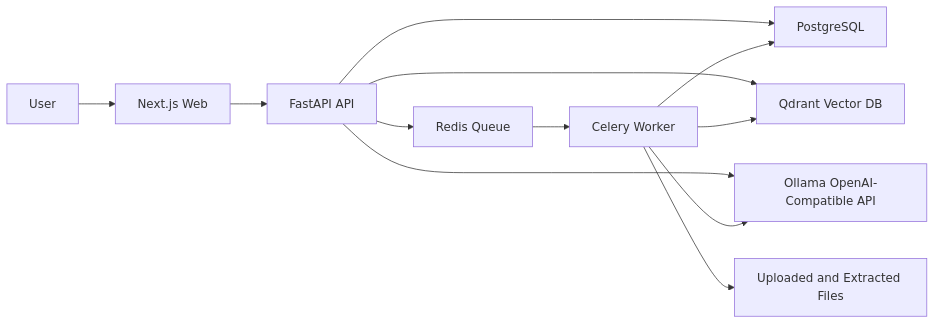
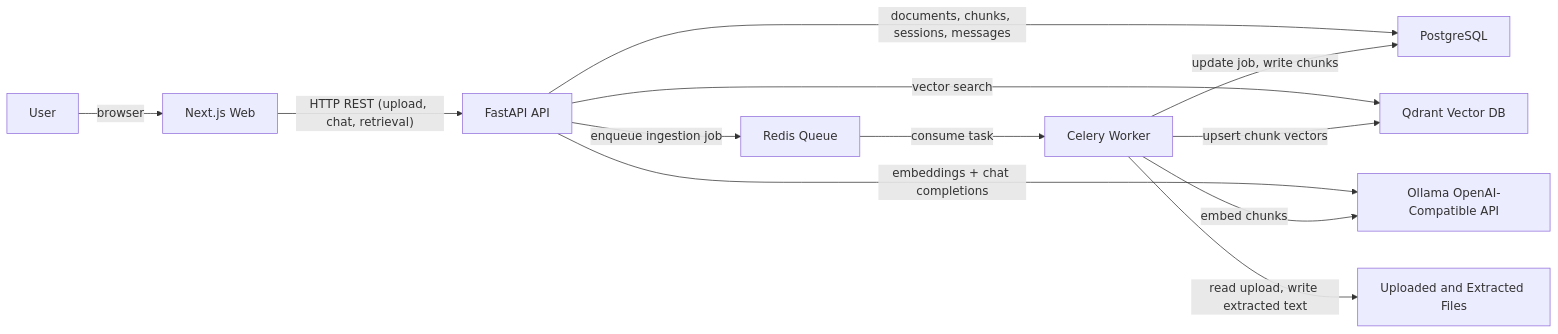
The diagram in docs/architecture.md (ahsan706/production-rag-assistant), drawn with Mermaid before and after one commit. The commit also changed 24 other files, not shown here.

First line of the commit message:
chore(tooling): adopt uv, pin Python 3.12 and Node 22, label arch diagram

````diff
--- a/docs/architecture.md
+++ b/docs/architecture.md
@@ -5,14 +5,14 @@
 ```mermaid
 flowchart LR
-  User["User"] --> Web["Next.js Web"]
-  Web --> API["FastAPI API"]
-  API --> Postgres["PostgreSQL"]
-  API --> Redis["Redis Queue"]
-  API --> Qdrant["Qdrant Vector DB"]
-  API --> Ollama["Ollama OpenAI-Compatible API"]
-  Redis --> Worker["Celery Worker"]
-  Worker --> Postgres
-  Worker --> Qdrant
-  Worker --> Ollama
-  Worker --> Files["Uploaded and Extracted Files"]
+  User["User"] -- "browser" --> Web["Next.js Web"]
+  Web -- "HTTP REST (upload, chat, retrieval)" --> API["FastAPI API"]
+  API -- "documents, chunks, sessions, messages" --> Postgres["PostgreSQL"]
+  API -- "enqueue ingestion job" --> Redis["Redis Queue"]
+  API -- "vector search" --> Qdrant["Qdrant Vector DB"]
+  API -- "embeddings + chat completions" --> Ollama["Ollama OpenAI-Compatible API"]
+  Redis -- "consume task" --> Worker["Celery Worker"]
+  Worker -- "update job, write chunks" --> Postgres
+  Worker -- "upsert chunk vectors" --> Qdrant
+  Worker -- "embed chunks" --> Ollama
+  Worker -- "read upload, write extracted text" --> Files["Uploaded and Extracted Files"]
 ```
````
